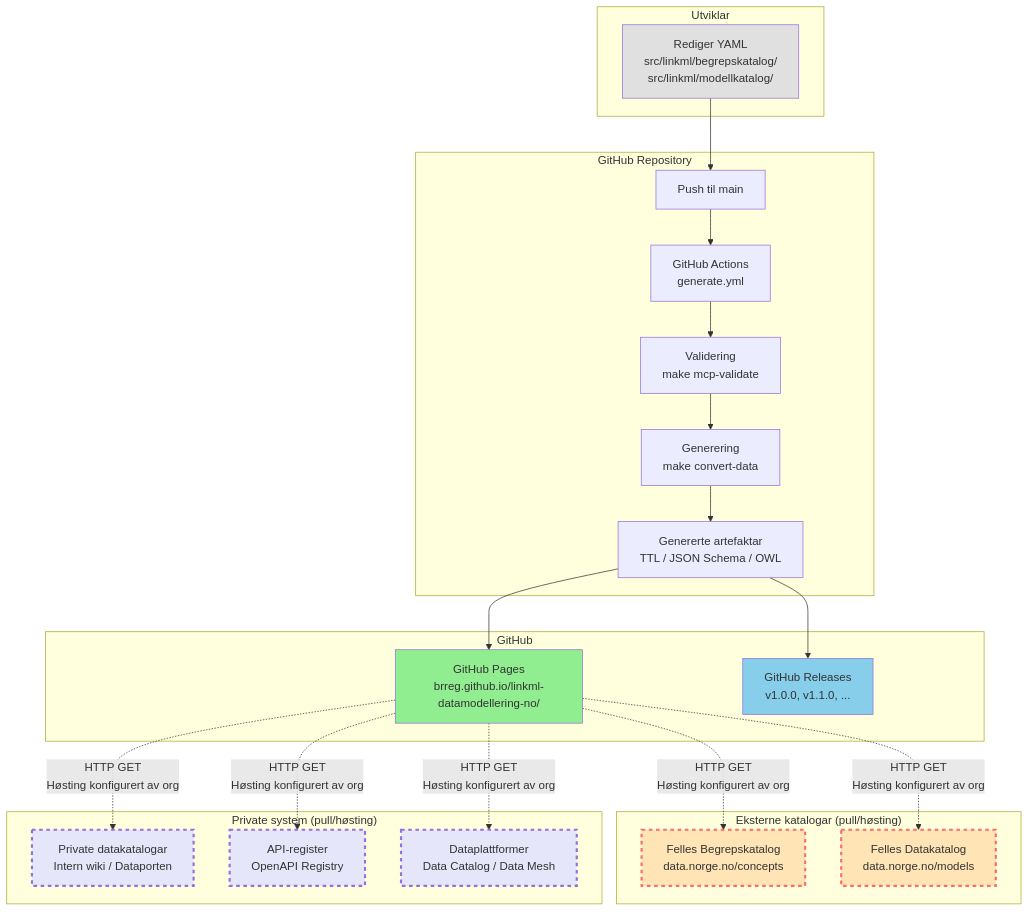
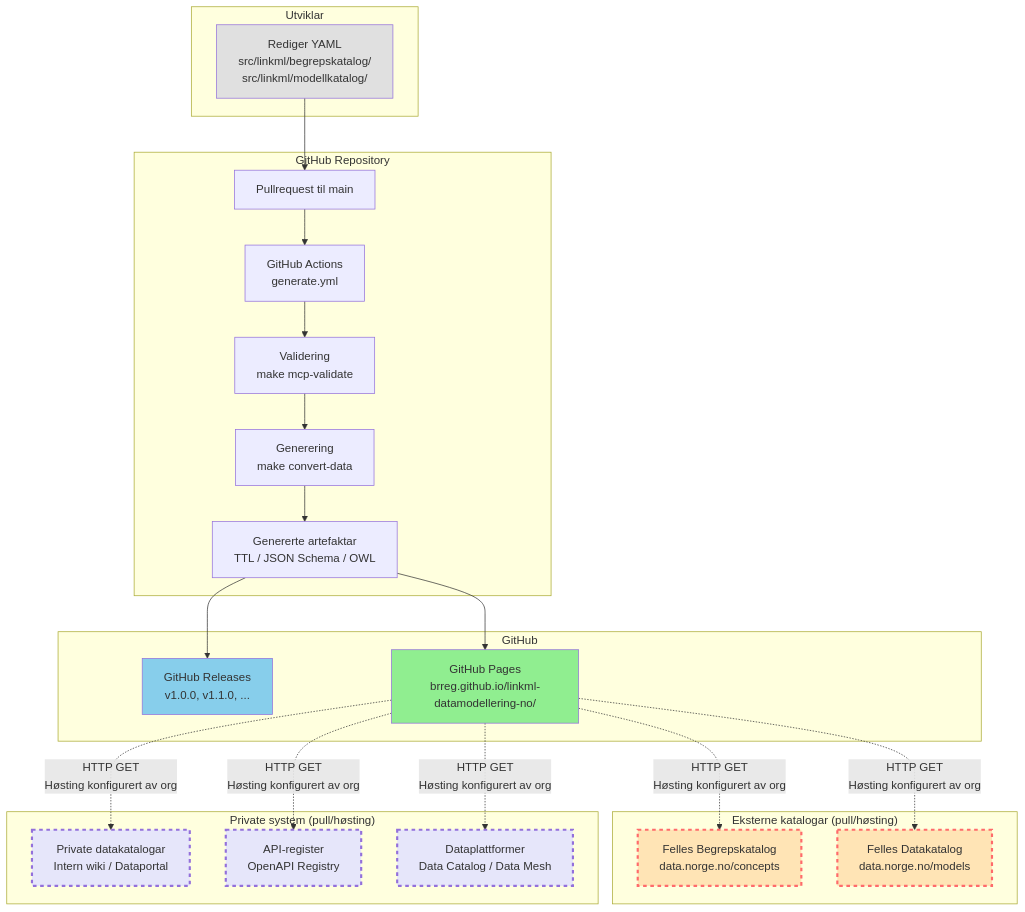
One commit to brreg/linkml-datamodellering-no changed the first of 3 diagrams in mkdocs/docs/arkitektur-oversikt.md. Above: the diagram before and after it, drawn with Mermaid. The commit also changed other lines of this file, not shown here.

Commit message:
docs(arkitektur-oversikt): finpuss på arkitektur oversikt

````diff
--- a/mkdocs/docs/arkitektur-oversikt.md
+++ b/mkdocs/docs/arkitektur-oversikt.md
@@ -11,51 +11,52 @@
 ```mermaid
 flowchart TB
     subgraph Utviklar
         A[Rediger YAML<br/>src/linkml/begrepskatalog/<br/>src/linkml/modellkatalog/]
     end
     
     subgraph "GitHub Repository"
-        B[Push til main] --> C[GitHub Actions<br/>generate.yml]
+        B[Pullrequest til main] --> C[GitHub Actions<br/>generate.yml]
         C --> D[Validering<br/>make mcp-validate]
         D --> E[Generering<br/>make convert-data]
         E --> F[Genererte artefaktar<br/>TTL / JSON Schema / OWL]
     end
     
     subgraph GitHub
+        F --> H[GitHub Releases<br/>v1.0.0, v1.1.0, ...]
         F --> G[GitHub Pages<br/>brreg.github.io/linkml-datamodellering-no/]
-        F --> H[GitHub Releases<br/>v1.0.0, v1.1.0, ...]
+        
     end
     
     subgraph "Eksterne katalogar (pull/høsting)"
         I[Felles Begrepskatalog<br/>data.norge.no/concepts]
         J[Felles Datakatalog<br/>data.norge.no/models]
     end
     
     subgraph "Private system (pull/høsting)"
-        K[Private datakatalogar<br/>Intern wiki / Dataporten]
+        K[Private datakatalogar<br/>Intern wiki / Dataportal]
         L[API-register<br/>OpenAPI Registry]
         M[Dataplattformer<br/>Data Catalog / Data Mesh]
     end
     
     G -.->|HTTP GET<br/>Høsting konfigurert av org| I
     G -.->|HTTP GET<br/>Høsting konfigurert av org| J
     G -.->|HTTP GET<br/>Høsting konfigurert av org| K
     G -.->|HTTP GET<br/>Høsting konfigurert av org| L
     G -.->|HTTP GET<br/>Høsting konfigurert av org| M
     
     A --> B
     
     style A fill:#E0E0E0
     style G fill:#90EE90
     style H fill:#87CEEB
     style I fill:#FFE4B5
     style J fill:#FFE4B5
     style K fill:#E6E6FA
     style L fill:#E6E6FA
     style M fill:#E6E6FA
     
     classDef external stroke:#FF6B6B,stroke-width:3px,stroke-dasharray: 5 5
     classDef private stroke:#9370DB,stroke-width:3px,stroke-dasharray: 5 5
     class I,J external
     class K,L,M private
 ```
````
